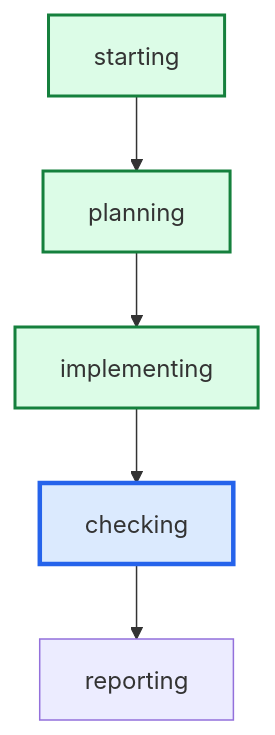
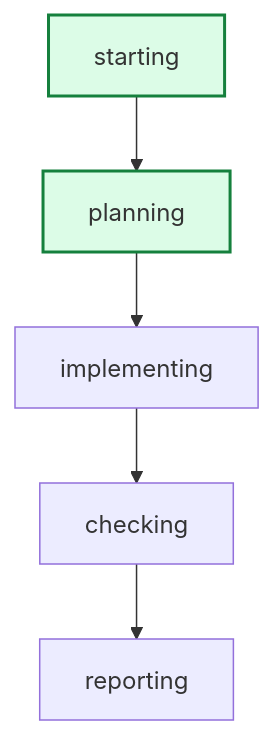
One commit to daniell0gda/hermes-feature-check-dashboard changed the diagram in latest/graph.mmd. Above: the diagram before and after it, drawn with Mermaid. The commit also changed 78 other files, not shown here.

```diff
--- a/latest/graph.mmd
+++ b/latest/graph.mmd
@@ -1,13 +1,11 @@
 graph TD
     starting --> planning
     planning --> implementing
     implementing --> checking
     checking --> reporting
 
 classDef done fill:#dcfce7,stroke:#15803d,stroke-width:2px;
 classDef active fill:#dbeafe,stroke:#2563eb,stroke-width:3px;
 classDef failed fill:#fee2e2,stroke:#b42318,stroke-width:2px;
-class checking active;
+class planning done;
 class starting done;
-class planning done;
-class implementing done;
```
